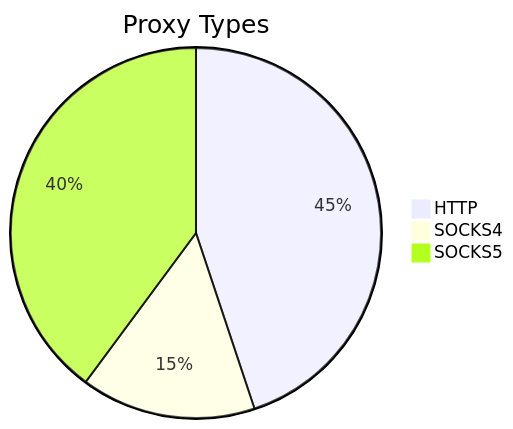
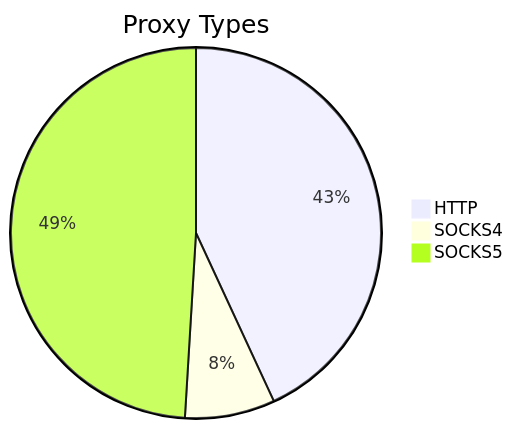
One commit to stormsia/proxy-list changed the first of 2 diagrams in README.md. Above: the diagram before and after it, drawn with Mermaid. The commit also changed other lines of this file, not shown here.

````diff
--- a/README.md
+++ b/README.md
@@ -21,6 +21,6 @@
 ```mermaid
 pie title Proxy Types
-    "HTTP" : 250
-    "SOCKS4" : 85
-    "SOCKS5" : 222
+    "HTTP" : 203
+    "SOCKS4" : 37
+    "SOCKS5" : 231
 ```
````
